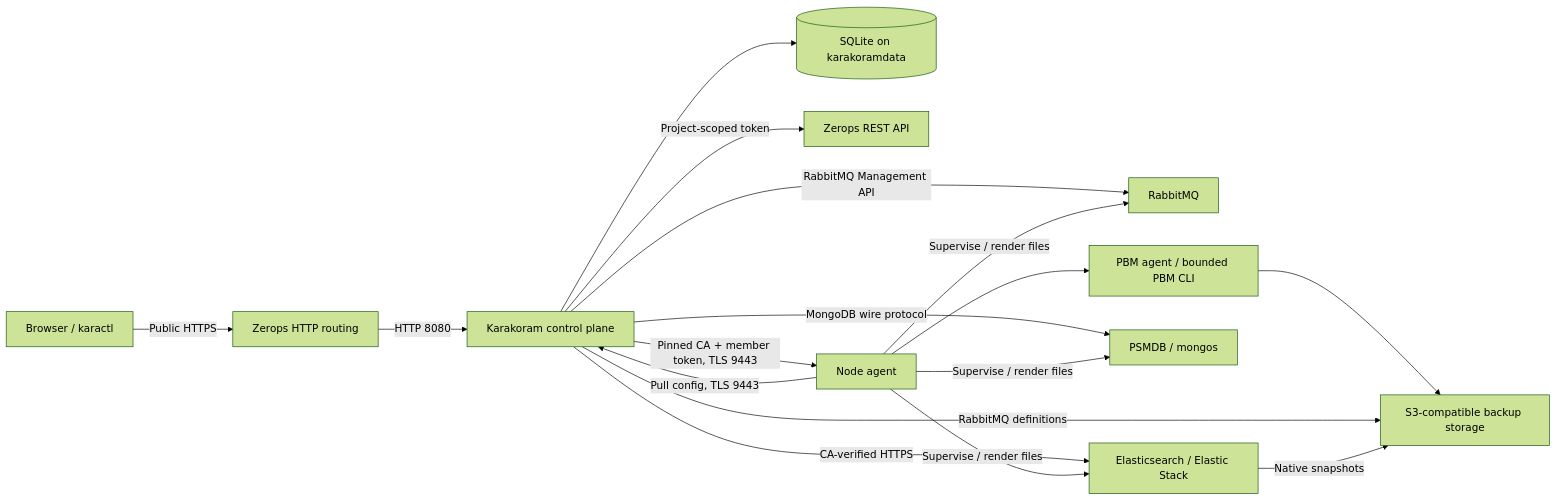
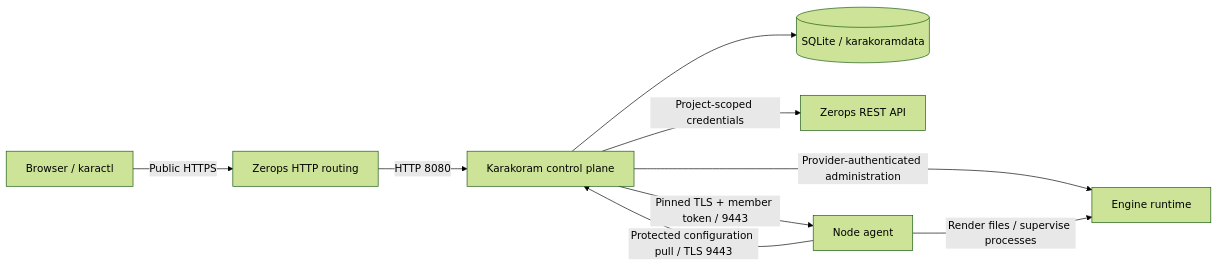
The diagram in docs/architecture.md (KarakoramDev/Karakoram), drawn with Mermaid (forest theme) before and after one commit. The commit also changed other lines of this file and 65 other files, not shown here.

````diff
--- a/docs/architecture.md
+++ b/docs/architecture.md
@@ -9,19 +9,11 @@
 ```mermaid
 flowchart LR
-  Browser[Browser / karactl] -->|Public HTTPS| L7[Zerops HTTP routing]
-  L7 -->|HTTP 8080| CP[Karakoram control plane]
-  CP --> DB[(SQLite on karakoramdata)]
-  CP -->|Project-scoped token| Z[Zerops REST API]
-  CP -->|RabbitMQ Management API| R[RabbitMQ]
-  CP -->|CA-verified HTTPS| E[Elasticsearch / Elastic Stack]
-  CP -->|MongoDB wire protocol| M[PSMDB / mongos]
-  CP -->|Pinned CA + member token, TLS 9443| A[Node agent]
-  A -->|Pull config, TLS 9443| CP
-  A -->|Supervise / render files| M
-  A -->|Supervise / render files| R
-  A -->|Supervise / render files| E
-  A --> P[PBM agent / bounded PBM CLI]
-  P --> S[S3-compatible backup storage]
-  CP -->|RabbitMQ definitions| S
-  E -->|Native snapshots| S
+  Client[Browser / karactl] -->|Public HTTPS| Routing[Zerops HTTP routing]
+  Routing -->|HTTP 8080| CP[Karakoram control plane]
+  CP --> State[(SQLite / karakoramdata)]
+  CP -->|Project-scoped credentials| Platform[Zerops REST API]
+  CP -->|Provider-authenticated administration| Engine[Engine runtime]
+  CP -->|Pinned TLS + member token / 9443| Agent[Node agent]
+  Agent -->|Protected configuration pull / TLS 9443| CP
+  Agent -->|Render files / supervise processes| Engine
 ```
````
